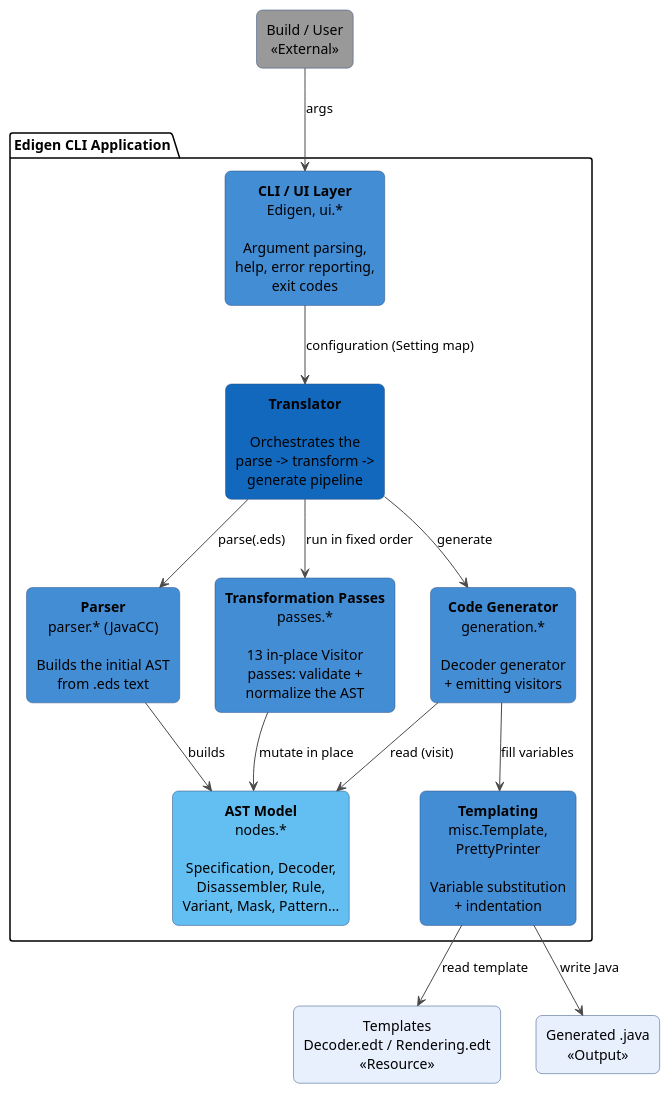
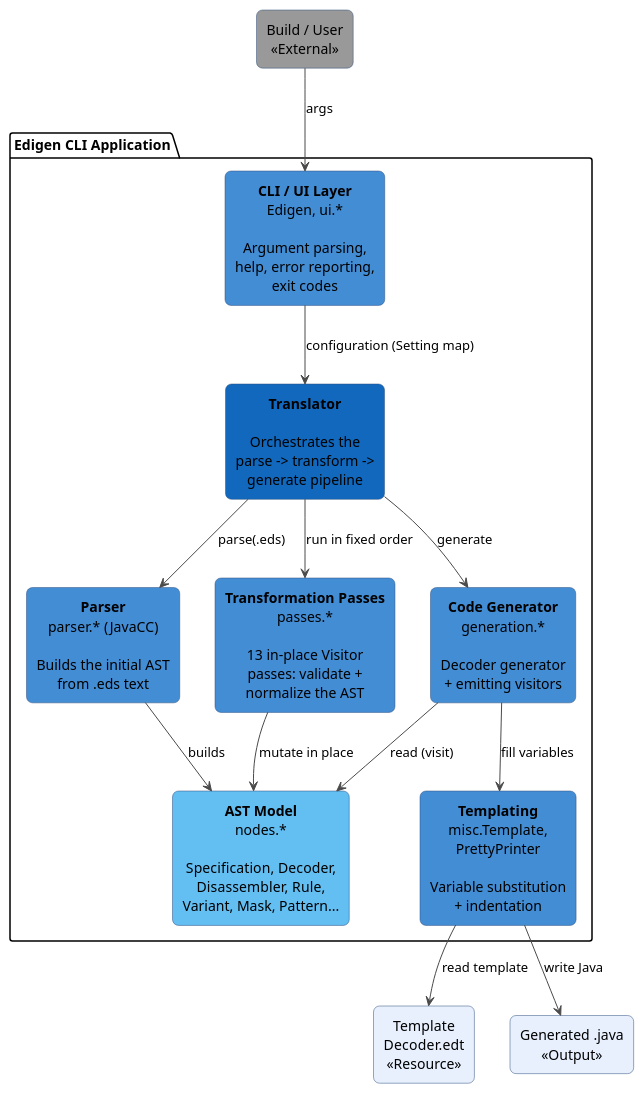
One commit to emustudio/edigen changed the diagram in docs/_c4-component.adoc. Above: the diagram before and after it, drawn with PlantUML. The commit also changed 6 other files, not shown here.

Commit message:
[#99] Inline instruction rendering into decoder template

```diff
--- a/docs/_c4-component.adoc
+++ b/docs/_c4-component.adoc
@@ -8,40 +8,40 @@
 [plantuml,c4-component,svg]
 ....
 @startuml
 skinparam defaultTextAlignment center
 skinparam shadowing false
 skinparam rectangle {
   roundCorner 12
   BorderColor #2E4E7E
 }
 skinparam ArrowColor #4A4A4A
 
 rectangle "Build / User\n<<External>>" as user #999999
 
 package "Edigen CLI Application" {
   rectangle "**CLI / UI Layer**\nEdigen, ui.*\n\nArgument parsing,\nhelp, error reporting,\nexit codes" as cli #438DD5
   rectangle "**Translator**\n\nOrchestrates the\nparse -> transform ->\ngenerate pipeline" as tr #1168BD
   rectangle "**Parser**\nparser.* (JavaCC)\n\nBuilds the initial AST\nfrom .eds text" as parser #438DD5
   rectangle "**AST Model**\nnodes.*\n\nSpecification, Decoder,\nDisassembler, Rule,\nVariant, Mask, Pattern..." as ast #63BEF2
   rectangle "**Transformation Passes**\npasses.*\n\n13 in-place Visitor\npasses: validate +\nnormalize the AST" as passes #438DD5
   rectangle "**Code Generator**\ngeneration.*\n\nDecoder generator\n+ emitting visitors" as gen #438DD5
   rectangle "**Templating**\nmisc.Template,\nPrettyPrinter\n\nVariable substitution\n+ indentation" as tmplsys #438DD5
 }
 
-rectangle "Templates\nDecoder.edt / Rendering.edt\n<<Resource>>" as edt #E8F0FE
+rectangle "Template\nDecoder.edt\n<<Resource>>" as edt #E8F0FE
 rectangle "Generated .java\n<<Output>>" as out #E8F0FE
 
 user --> cli : args
 cli --> tr : configuration (Setting map)
 tr --> parser : parse(.eds)
 parser --> ast : builds
 tr --> passes : run in fixed order
 passes --> ast : mutate in place
 tr --> gen : generate
 gen --> ast : read (visit)
 gen --> tmplsys : fill variables
 tmplsys --> edt : read template
 tmplsys --> out : write Java
 
 @enduml
 ....
```
